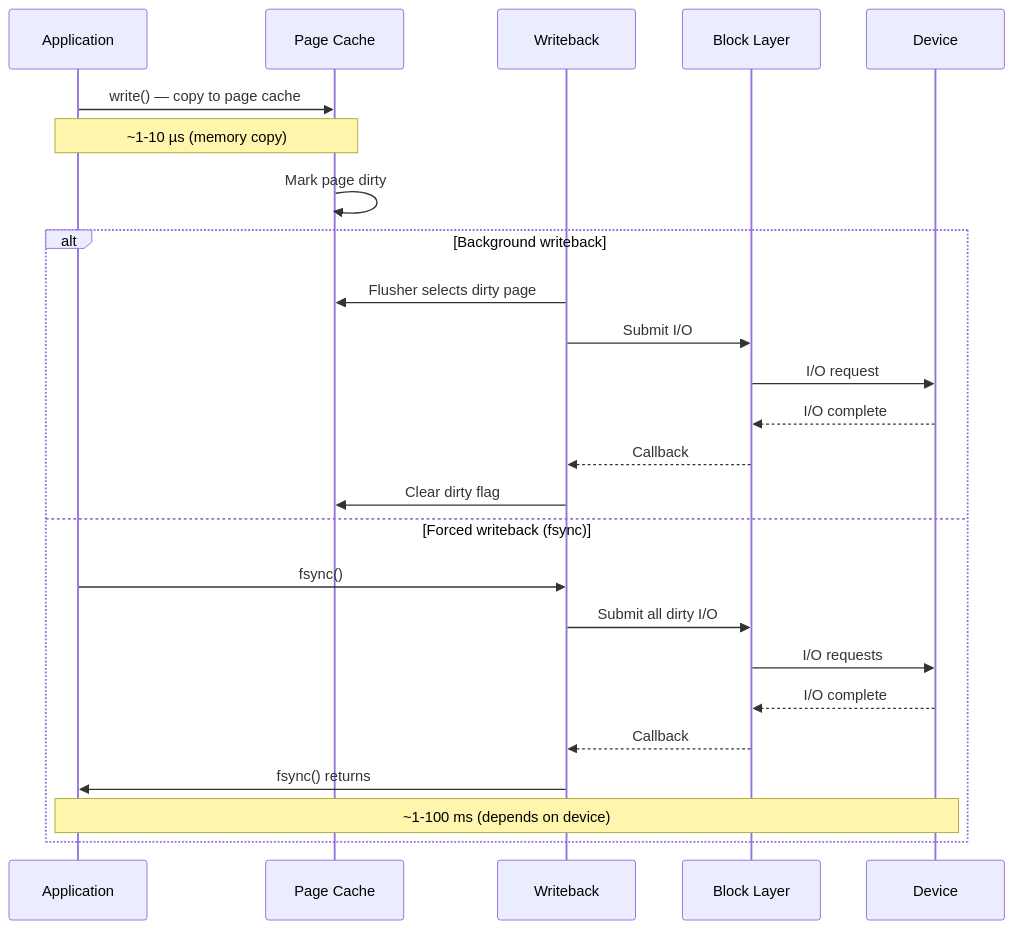
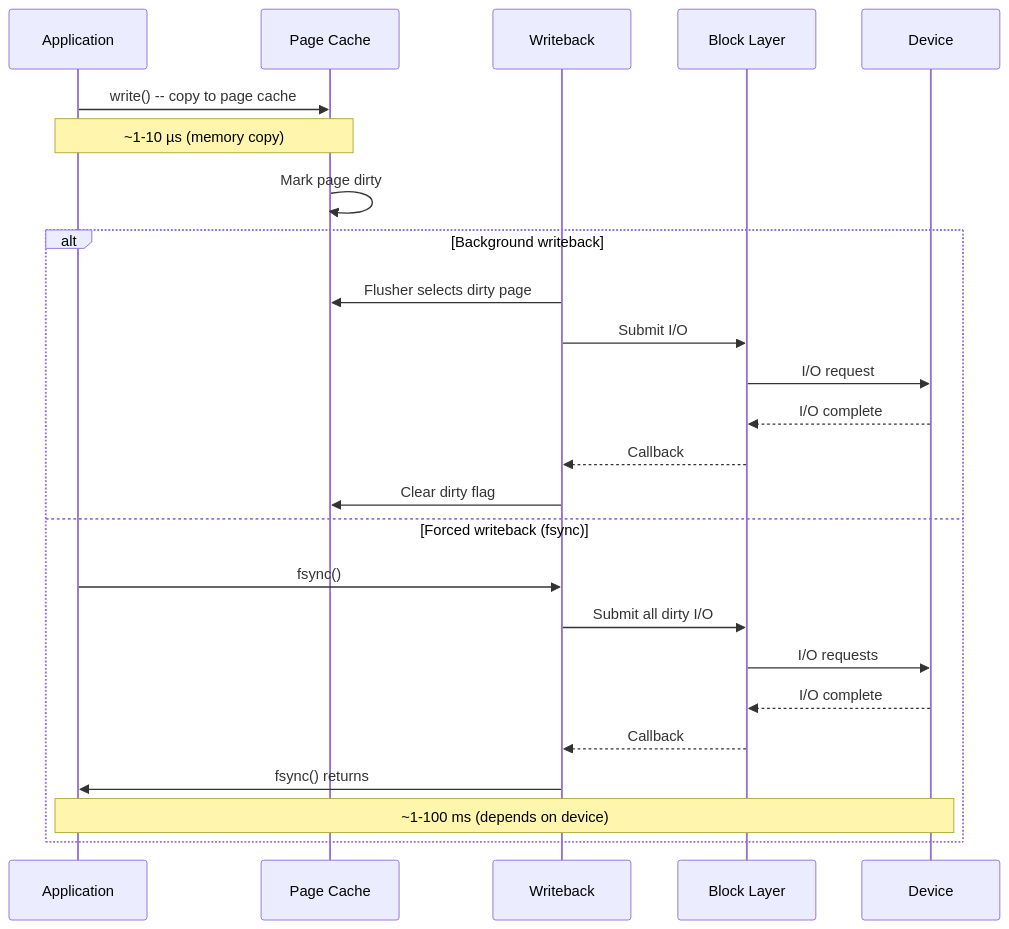
Before and after one commit to Abhinav-Kumar012/lb2: the eighth of 8 diagrams in src/kernel/memory/writeback.md, drawn with Mermaid. The commit also changed other lines of this file and 211 other files, not shown here.

First line of the commit message:
fix: mermaid syntax issues across 212 files

````diff
--- a/src/kernel/memory/writeback.md
+++ b/src/kernel/memory/writeback.md
@@ -873,28 +873,28 @@
 ```mermaid
 sequenceDiagram
     participant App as Application
     participant PC as Page Cache
     participant WB as Writeback
     participant BLK as Block Layer
     participant DEV as Device
 
-    App->>PC: write() — copy to page cache
+    App->>PC: write() -- copy to page cache
     Note over App,PC: ~1-10 µs (memory copy)
     PC->>PC: Mark page dirty
     alt Background writeback
         WB->>PC: Flusher selects dirty page
         WB->>BLK: Submit I/O
         BLK->>DEV: I/O request
         DEV-->>BLK: I/O complete
         BLK-->>WB: Callback
         WB->>PC: Clear dirty flag
     else Forced writeback (fsync)
         App->>WB: fsync()
         WB->>BLK: Submit all dirty I/O
         BLK->>DEV: I/O requests
         DEV-->>BLK: I/O complete
         BLK-->>WB: Callback
         WB->>App: fsync() returns
         Note over App,DEV: ~1-100 ms (depends on device)
     end
 ```
````
